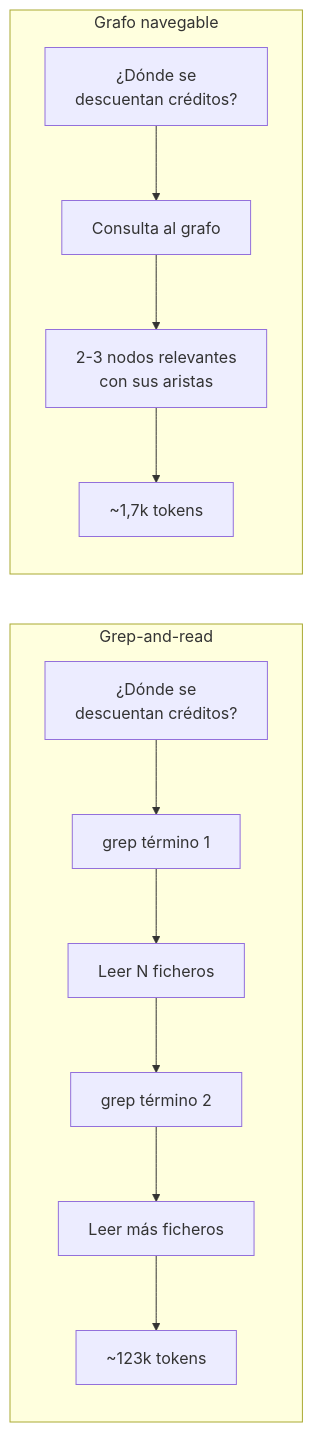
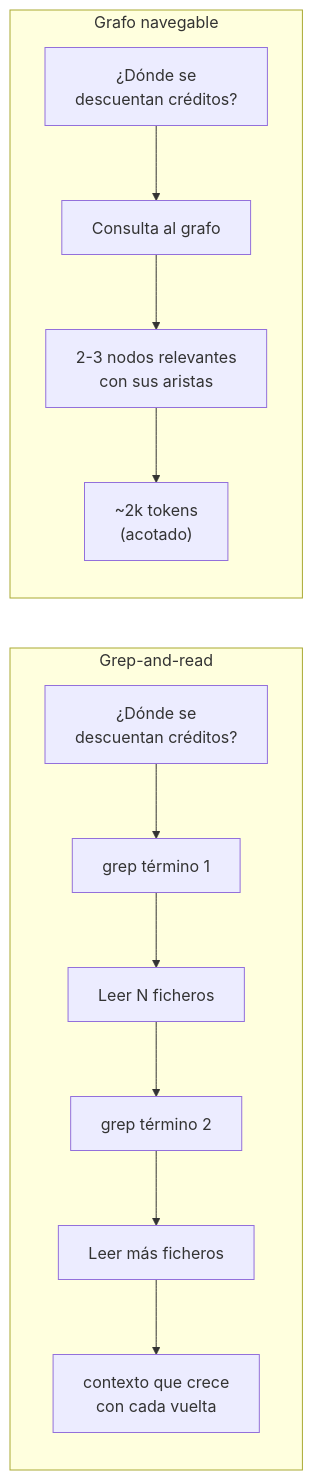
Before and after one commit to rcm-on/quarz-blog: the diagram in content/02 Laboratorios/graphify-grafo-navegable.md, drawn with Mermaid. The commit also changed other lines of this file, not shown here.

First line of the commit message:
Lab Graphify: coherencia sin hype (intro y bloque reproducible)

````diff
--- a/content/02 Laboratorios/graphify-grafo-navegable.md
+++ b/content/02 Laboratorios/graphify-grafo-navegable.md
@@ -26,15 +26,15 @@
 ```mermaid
 graph LR
     subgraph "Grep-and-read"
         Q1["¿Dónde se\ndescuentan créditos?"] --> S1[grep término 1]
         S1 --> R1[Leer N ficheros]
         R1 --> S2[grep término 2]
         S2 --> R2[Leer más ficheros]
-        R2 --> A1["~123k tokens"]
+        R2 --> A1["contexto que crece\ncon cada vuelta"]
     end
     subgraph "Grafo navegable"
         Q2["¿Dónde se\ndescuentan créditos?"] --> G[Consulta al grafo]
         G --> N[2-3 nodos relevantes\ncon sus aristas]
-        N --> A2["~1,7k tokens"]
+        N --> A2["~2k tokens\n(acotado)"]
     end
 ```
````
